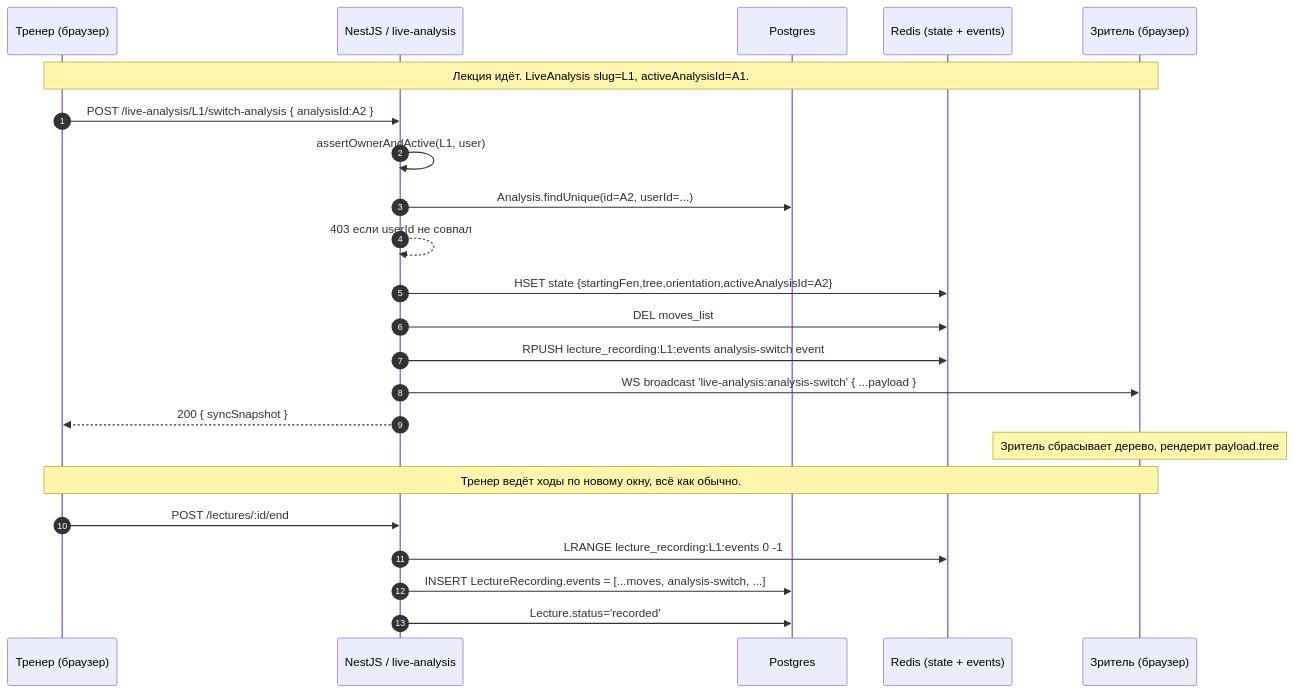
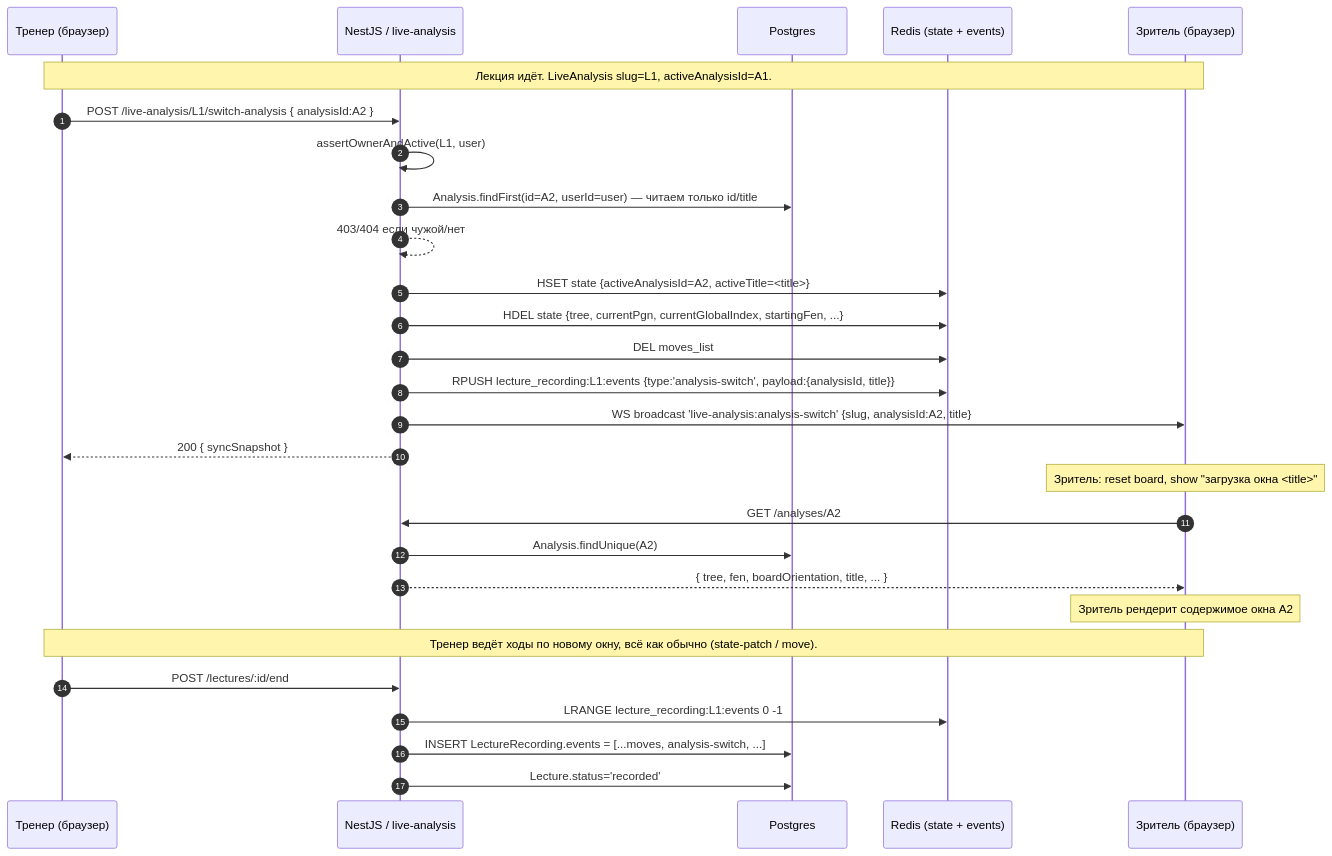
The diagram in docs/adr/142-lecture-multi-analysis-switching.md (StasPiv/kingside), drawn with Mermaid before and after one commit. The commit also changed other lines of this file, not shown here.

Commit message:
docs(adr): KS-4626 ADR-142 v2 — Analysis в БД единый источник, без tree в Redis/WS/REST

````diff
--- a/docs/adr/142-lecture-multi-analysis-switching.md
+++ b/docs/adr/142-lecture-multi-analysis-switching.md
@@ -292,29 +327,34 @@
 ```mermaid
 sequenceDiagram
     autonumber
     participant T as Тренер (браузер)
     participant API as NestJS / live-analysis
     participant DB as Postgres
     participant R as Redis (state + events)
     participant S as Зритель (браузер)
 
     Note over T,S: Лекция идёт. LiveAnalysis slug=L1, activeAnalysisId=A1.
 
     T->>API: POST /live-analysis/L1/switch-analysis { analysisId:A2 }
     API->>API: assertOwnerAndActive(L1, user)
-    API->>DB: Analysis.findUnique(id=A2, userId=...)
-    API-->>API: 403 если userId не совпал
-    API->>R: HSET state {startingFen,tree,orientation,activeAnalysisId=A2}
+    API->>DB: Analysis.findFirst(id=A2, userId=user) — читаем только id/title
+    API-->>API: 403/404 если чужой/нет
+    API->>R: HSET state {activeAnalysisId=A2, activeTitle=<title>}
+    API->>R: HDEL state {tree, currentPgn, currentGlobalIndex, startingFen, ...}
     API->>R: DEL moves_list
-    API->>R: RPUSH lecture_recording:L1:events analysis-switch event
-    API->>S: WS broadcast 'live-analysis:analysis-switch' { ...payload }
+    API->>R: RPUSH lecture_recording:L1:events {type:'analysis-switch', payload:{analysisId, title}}
+    API->>S: WS broadcast 'live-analysis:analysis-switch' {slug, analysisId:A2, title}
     API-->>T: 200 { syncSnapshot }
-    Note over S: Зритель сбрасывает дерево, рендерит payload.tree
+    Note over S: Зритель: reset board, show "загрузка окна <title>"
+    S->>API: GET /analyses/A2
+    API->>DB: Analysis.findUnique(A2)
+    API-->>S: { tree, fen, boardOrientation, title, ... }
+    Note over S: Зритель рендерит содержимое окна A2
 
-    Note over T,S: Тренер ведёт ходы по новому окну, всё как обычно.
+    Note over T,S: Тренер ведёт ходы по новому окну, всё как обычно (state-patch / move).
 
     T->>API: POST /lectures/:id/end
     API->>R: LRANGE lecture_recording:L1:events 0 -1
     API->>DB: INSERT LectureRecording.events = [...moves, analysis-switch, ...]
     API->>DB: Lecture.status='recorded'
 ```
````
